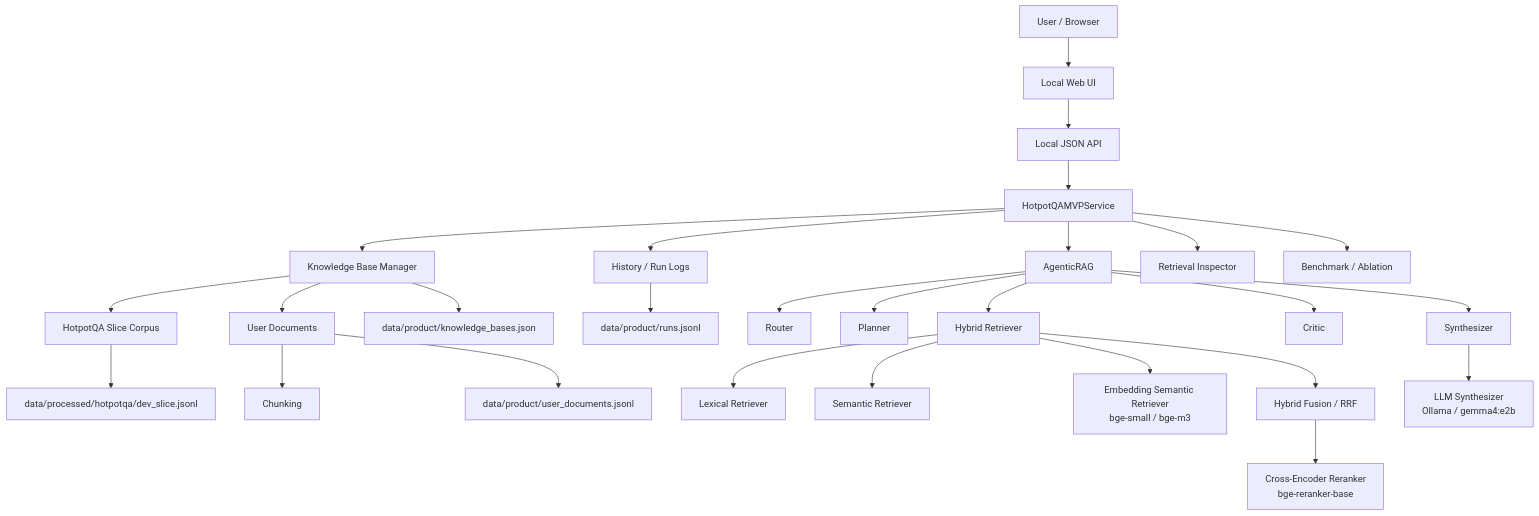
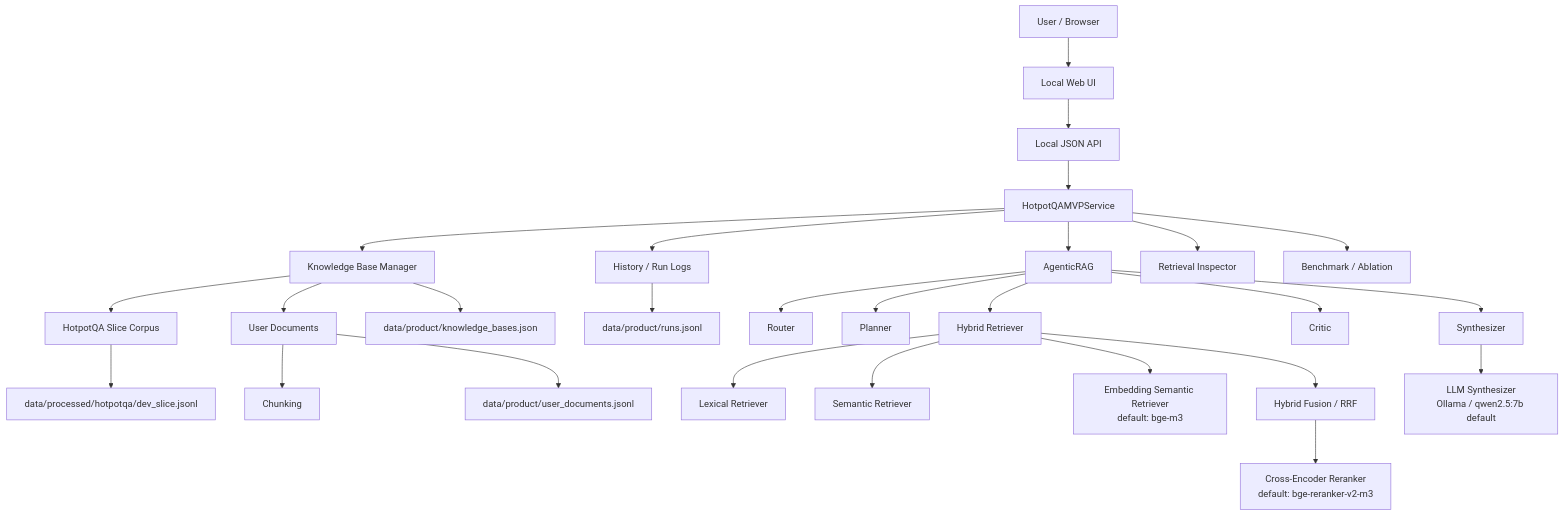
One commit to UESTC-ly/AgenticRAG-Lab changed the first of 8 diagrams in doc/ARCHITECTURE.md. Above: the diagram before and after it, drawn with Mermaid. The commit also changed other lines of this file and 4 other files, not shown here.

````diff
--- a/doc/ARCHITECTURE.md
+++ b/doc/ARCHITECTURE.md
@@ -25,34 +25,34 @@
 ```mermaid
 flowchart TD
     U[User / Browser] --> UI[Local Web UI]
     UI --> API[Local JSON API]
     API --> MVP[HotpotQAMVPService]
 
     MVP --> KB[Knowledge Base Manager]
     MVP --> HIST[History / Run Logs]
     MVP --> AGENT[AgenticRAG]
     MVP --> RETDBG[Retrieval Inspector]
     MVP --> EVAL[Benchmark / Ablation]
 
     AGENT --> ROUTER[Router]
     AGENT --> PLANNER[Planner]
     AGENT --> RETRIEVER[Hybrid Retriever]
     AGENT --> CRITIC[Critic]
     AGENT --> SYNTH[Synthesizer]
 
     RETRIEVER --> LEX[Lexical Retriever]
     RETRIEVER --> SEM[Semantic Retriever]
-    RETRIEVER --> DENSE[Embedding Semantic Retriever<br/>bge-small / bge-m3]
+    RETRIEVER --> DENSE[Embedding Semantic Retriever<br/>default: bge-m3]
     RETRIEVER --> HYB[Hybrid Fusion / RRF]
-    HYB --> RER[Cross-Encoder Reranker<br/>bge-reranker-base]
-    SYNTH --> LLMSYN[LLM Synthesizer<br/>Ollama / gemma4:e2b]
+    HYB --> RER[Cross-Encoder Reranker<br/>default: bge-reranker-v2-m3]
+    SYNTH --> LLMSYN[LLM Synthesizer<br/>Ollama / qwen2.5:7b default]
 
     KB --> HOTPOT[HotpotQA Slice Corpus]
     KB --> USERDOCS[User Documents]
     USERDOCS --> CHUNK[Chunking]
 
     HOTPOT --> STORE1[data/processed/hotpotqa/dev_slice.jsonl]
     USERDOCS --> STORE2[data/product/user_documents.jsonl]
     KB --> STORE3[data/product/knowledge_bases.json]
     HIST --> STORE4[data/product/runs.jsonl]
 ```
````
